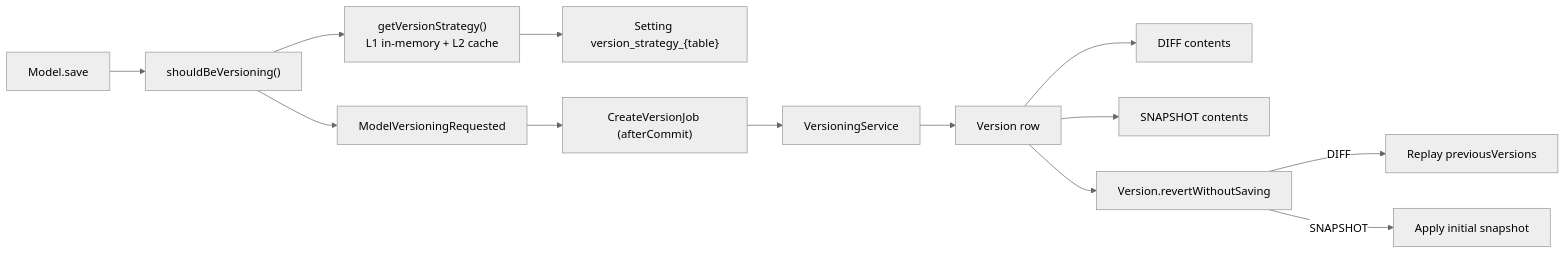
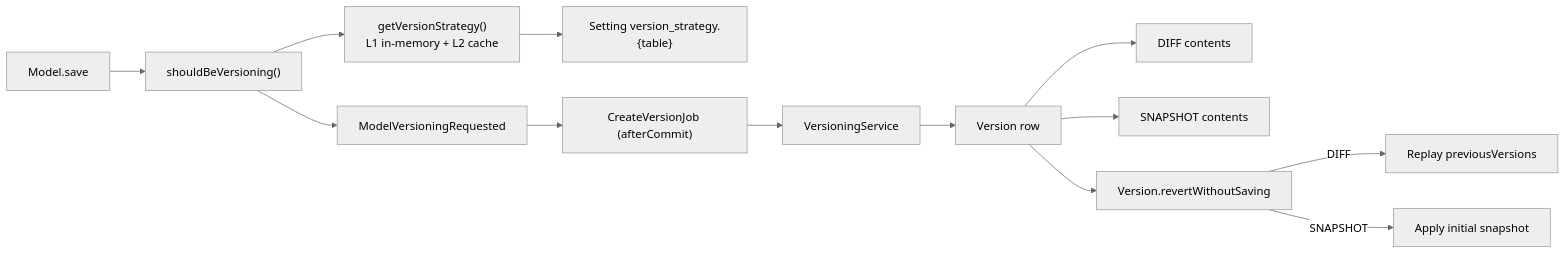
One commit to swolley/laraplate-core changed the fifth of 14 diagrams in docs/rag/MODULE.md. Above: the diagram before and after it, drawn with Mermaid (neutral theme). The commit also changed other lines of this file and 36 other files, not shown here.

````diff
--- a/docs/rag/MODULE.md
+++ b/docs/rag/MODULE.md
@@ -215,26 +215,26 @@
 ```mermaid
 flowchart LR
   Save[Model.save]
   Should["shouldBeVersioning()"]
   Strat["getVersionStrategy()<br/>L1 in-memory + L2 cache"]
-  Setting["Setting version_strategy_{table}"]
+  Setting["Setting version_strategy.{table}"]
   Event[ModelVersioningRequested]
   Job["CreateVersionJob (afterCommit)"]
   Svc[VersioningService]
   Vers[Version row]
   DIFF[DIFF contents]
   SNAP[SNAPSHOT contents]
   Revert["Version.revertWithoutSaving"]
   Replay[Replay previousVersions]
   Apply[Apply initial snapshot]
 
   Save --> Should
   Should --> Strat
   Strat --> Setting
   Should --> Event --> Job --> Svc --> Vers
   Vers --> DIFF
   Vers --> SNAP
   Vers --> Revert
   Revert -->|DIFF| Replay
   Revert -->|SNAPSHOT| Apply
 ```
````
